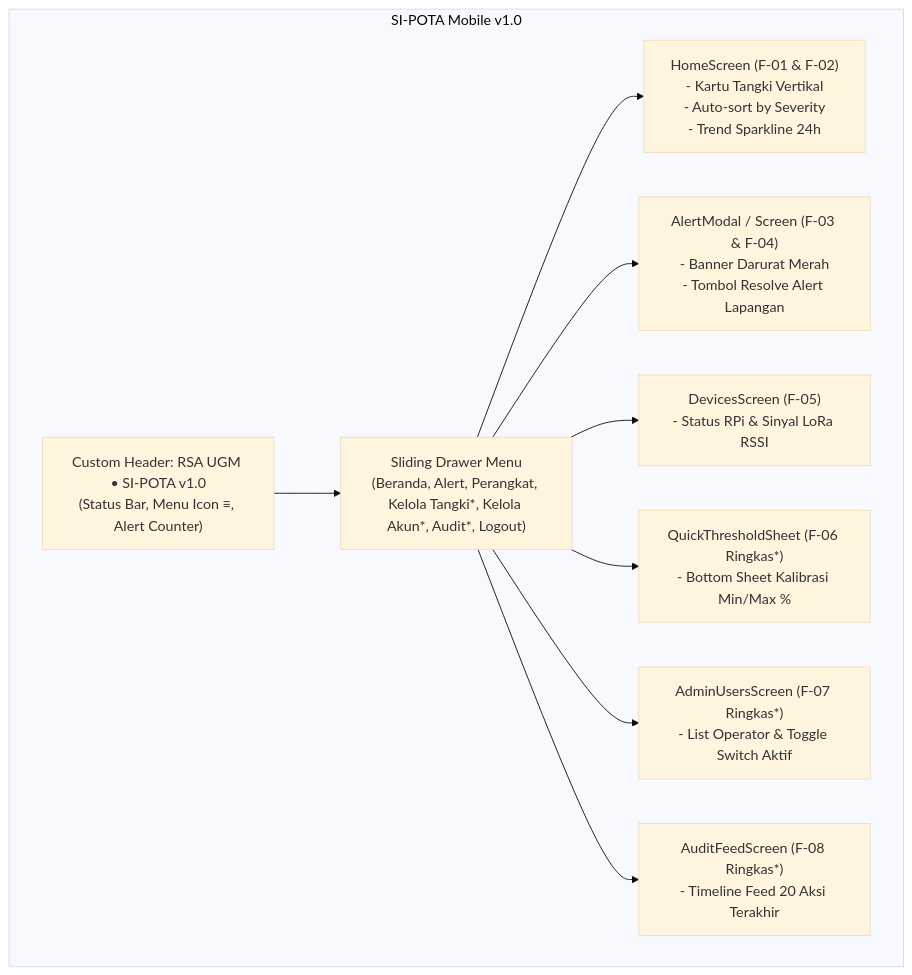
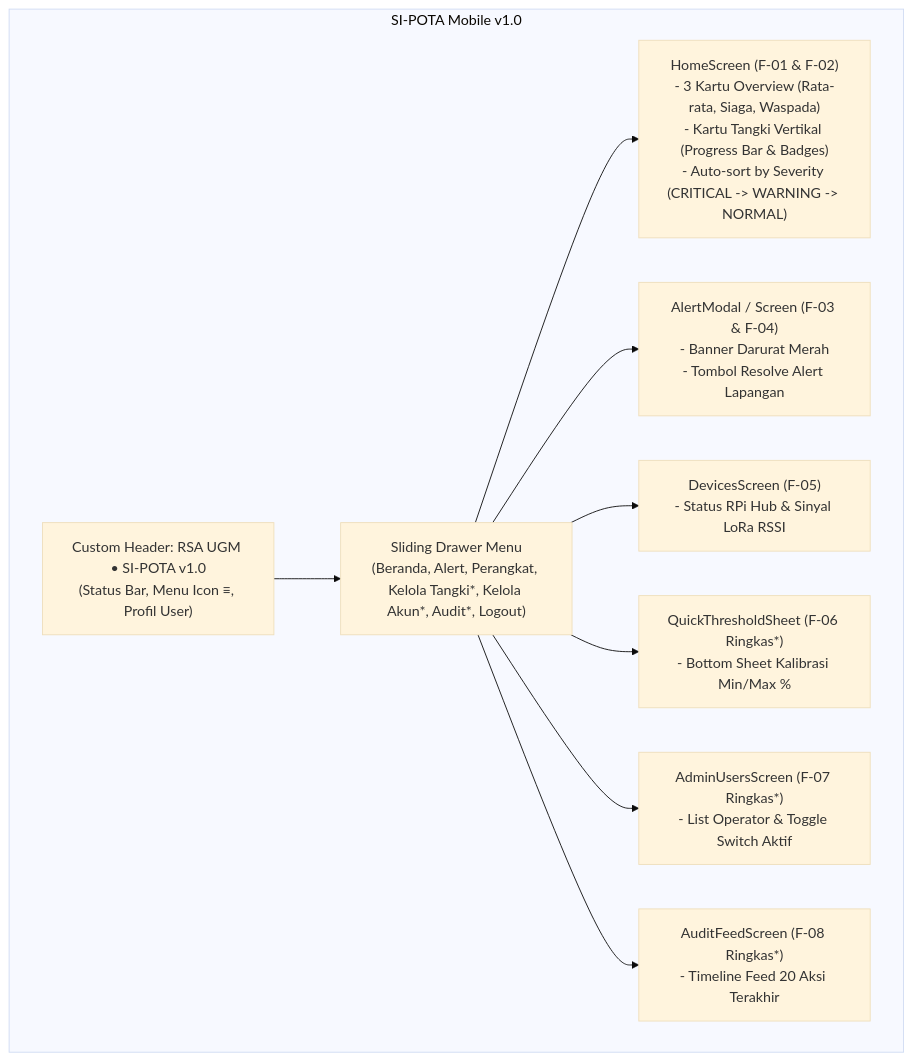
Before and after one commit to PMLD-RSA/frontend-mobile-rsa-ugm: the first of 3 diagrams in docs/PRD-Mobile.md, drawn with Mermaid (base theme). The commit also changed other lines of this file and 2 other files, not shown here.

````diff
--- a/docs/PRD-Mobile.md
+++ b/docs/PRD-Mobile.md
@@ -104,17 +146,17 @@
 ```mermaid
 flowchart TD
     subgraph MobileApp["SI-POTA Mobile v1.0"]
-        Header["Custom Header: RSA UGM • SI-POTA v1.0\n(Status Bar, Menu Icon ≡, Alert Counter)"]
+        Header["Custom Header: RSA UGM • SI-POTA v1.0\n(Status Bar, Menu Icon ≡, Profil User)"]
         Drawer["Sliding Drawer Menu\n(Beranda, Alert, Perangkat, Kelola Tangki*, Kelola Akun*, Audit*, Logout)"]
         
-        Screen1["HomeScreen (F-01 & F-02)\n- Kartu Tangki Vertikal\n- Auto-sort by Severity\n- Trend Sparkline 24h"]
+        Screen1["HomeScreen (F-01 & F-02)\n- 3 Kartu Overview (Rata-rata, Siaga, Waspada)\n- Kartu Tangki Vertikal (Progress Bar & Badges)\n- Auto-sort by Severity (CRITICAL -> WARNING -> NORMAL)"]
         Screen2["AlertModal / Screen (F-03 & F-04)\n- Banner Darurat Merah\n- Tombol Resolve Alert Lapangan"]
-        Screen3["DevicesScreen (F-05)\n- Status RPi & Sinyal LoRa RSSI"]
+        Screen3["DevicesScreen (F-05)\n- Status RPi Hub & Sinyal LoRa RSSI"]
         Screen4["QuickThresholdSheet (F-06 Ringkas*)\n- Bottom Sheet Kalibrasi Min/Max %"]
         Screen5["AdminUsersScreen (F-07 Ringkas*)\n- List Operator & Toggle Switch Aktif"]
         Screen6["AuditFeedScreen (F-08 Ringkas*)\n- Timeline Feed 20 Aksi Terakhir"]
     end
 
     Header --> Drawer
     Drawer --> Screen1 & Screen2 & Screen3 & Screen4 & Screen5 & Screen6
 ```
````
